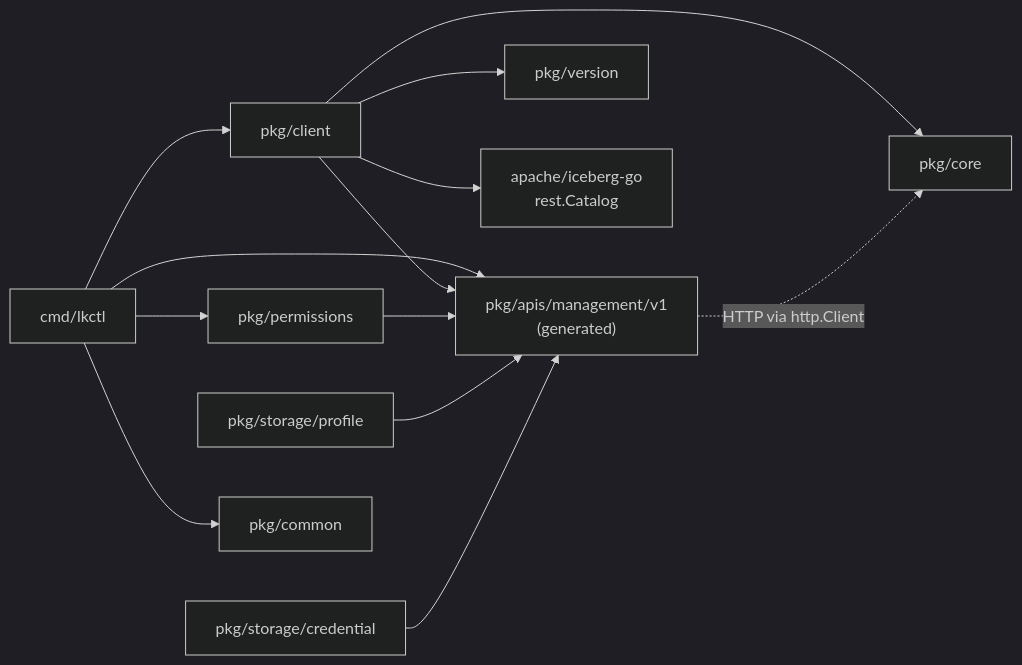
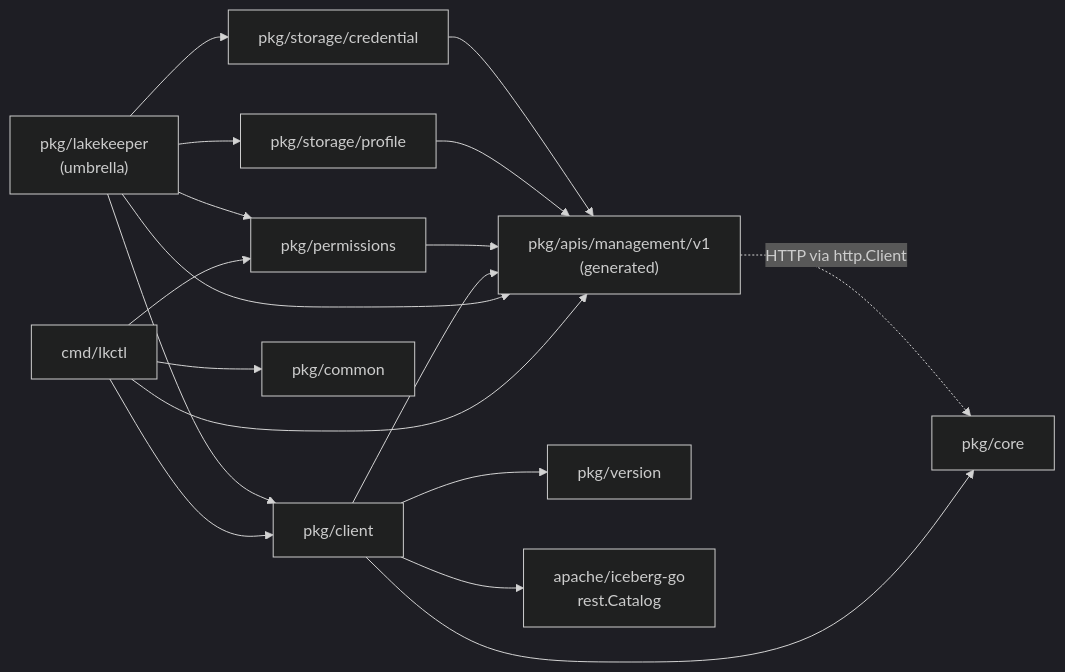
One commit to lakekeeper/go-lakekeeper changed the first of 2 diagrams in docs/PACKAGES.md. Above: the diagram before and after it, drawn with Mermaid (dark theme). The commit also changed other lines of this file and 398 other files, not shown here.

````diff
--- a/docs/PACKAGES.md
+++ b/docs/PACKAGES.md
@@ -10,26 +10,32 @@
 ```mermaid
 graph LR
     CLI["cmd/lkctl"]
+    UMBRELLA["pkg/lakekeeper<br/>(umbrella)"]
     CLIENT["pkg/client"]
     GEN["pkg/apis/management/v1<br/>(generated)"]
     PERM["pkg/permissions"]
     PROFILE["pkg/storage/profile"]
     CRED["pkg/storage/credential"]
     CORE["pkg/core"]
     COMMON["pkg/common"]
     VERSION["pkg/version"]
     ICEBERG["apache/iceberg-go<br/>rest.Catalog"]
 
     CLI --> CLIENT
     CLI --> COMMON
     CLI --> PERM
     CLI --> GEN
+    UMBRELLA --> CLIENT
+    UMBRELLA --> PERM
+    UMBRELLA --> PROFILE
+    UMBRELLA --> CRED
+    UMBRELLA --> GEN
     CLIENT --> GEN
     CLIENT --> CORE
     CLIENT --> VERSION
     CLIENT --> ICEBERG
     PERM --> GEN
     PROFILE --> GEN
     CRED --> GEN
     GEN -.->|HTTP via http.Client| CORE
 ```
````
